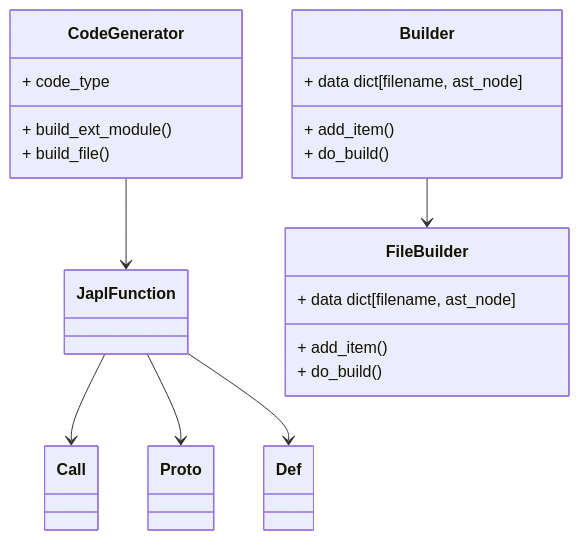
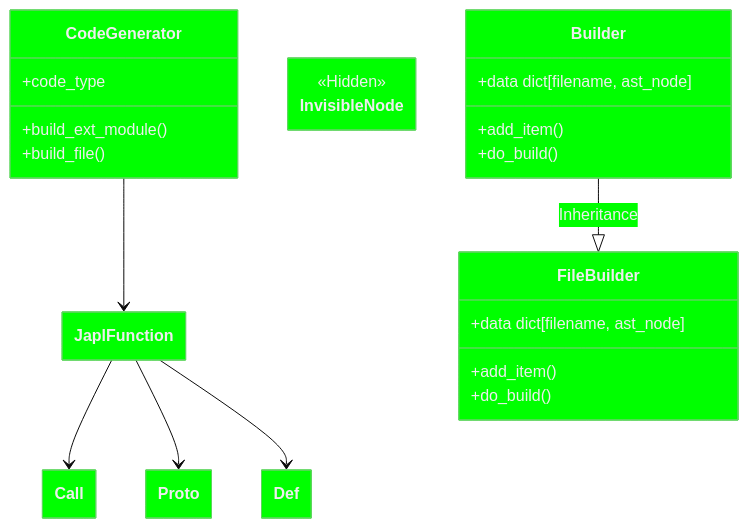
The diagram in docs/code_generation.md (nobono/japl), drawn with Mermaid before and after one commit. The commit also changed other lines of this file, not shown here.

````diff
--- a/docs/code_generation.md
+++ b/docs/code_generation.md
@@ -3,23 +4,40 @@
 ```mermaid
+---
+title:
+config:
+    theme: base
+    themeVariables:
+        darkMode: true
+        primaryColor: "#00ff00"
+        padding: 50
+    class:
+        hideEmptyMembersBox: true
+---
+
 classDiagram
     CodeGenerator --> JaplFunction
     JaplFunction --> Call
     JaplFunction --> Proto
     JaplFunction --> Def
-    Builder --> FileBuilder
-    class CodeGenerator {
-        + code_type
-        + build_ext_module()
-        + build_file()
+
+    class InvisibleNode {
+        <<Hidden>>
     }
-    class Builder {
-        + data dict[filename, ast_node]
-        + add_item()
-        + do_build()
-    }
-    class FileBuilder {
-        + data dict[filename, ast_node]
-        + add_item()
-        + do_build()
-    }
+
+    Builder --|> FileBuilder : Inheritance
+
+    class CodeGenerator
+    CodeGenerator : +code_type
+    CodeGenerator : +build_ext_module()
+    CodeGenerator : +build_file()
+
+    class Builder
+    Builder : +data dict[filename, ast_node]
+    Builder : +add_item()
+    Builder : +do_build()
+
+    class FileBuilder
+    FileBuilder : +data dict[filename, ast_node]
+    FileBuilder : +add_item()
+    FileBuilder : +do_build()
 ```
````
